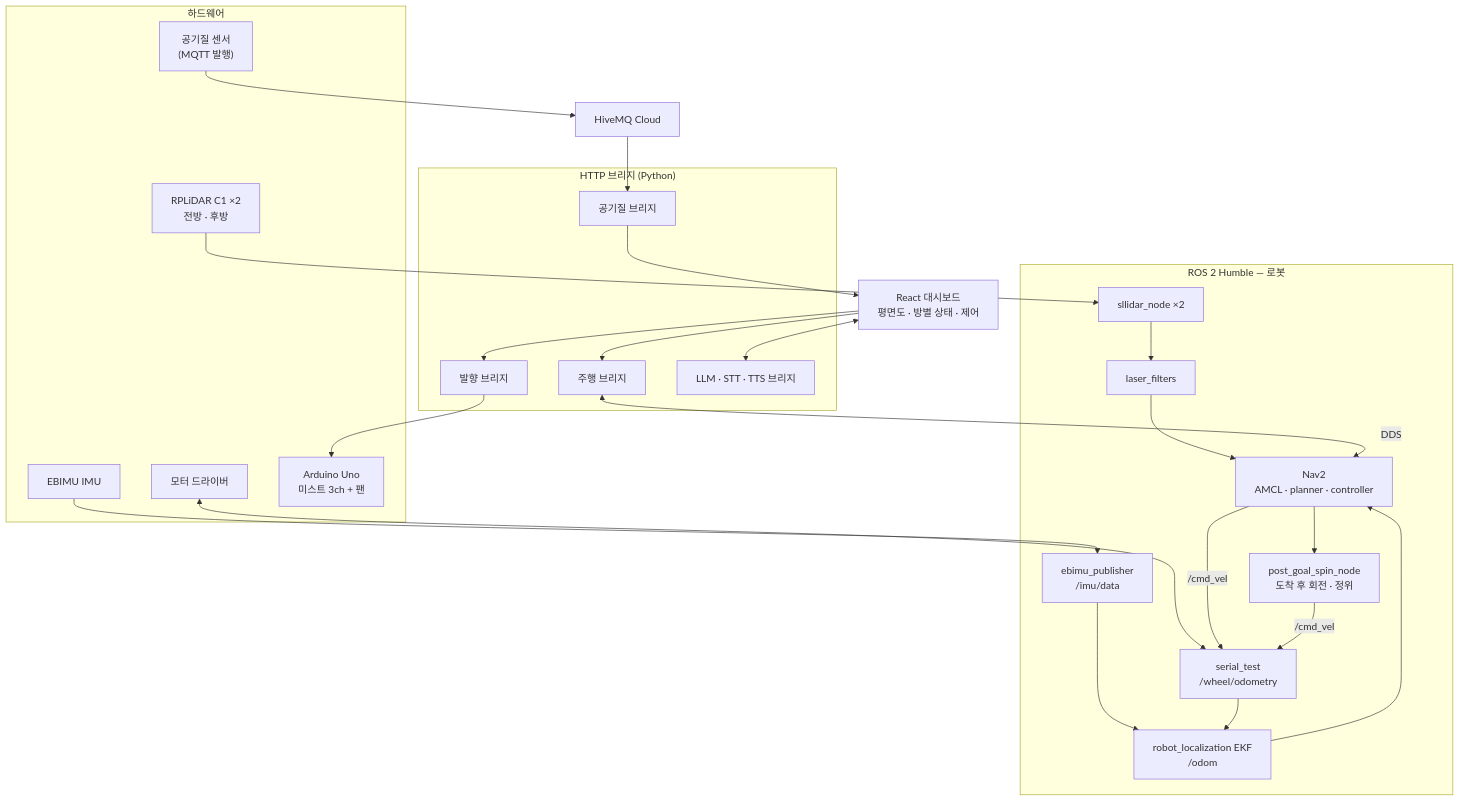
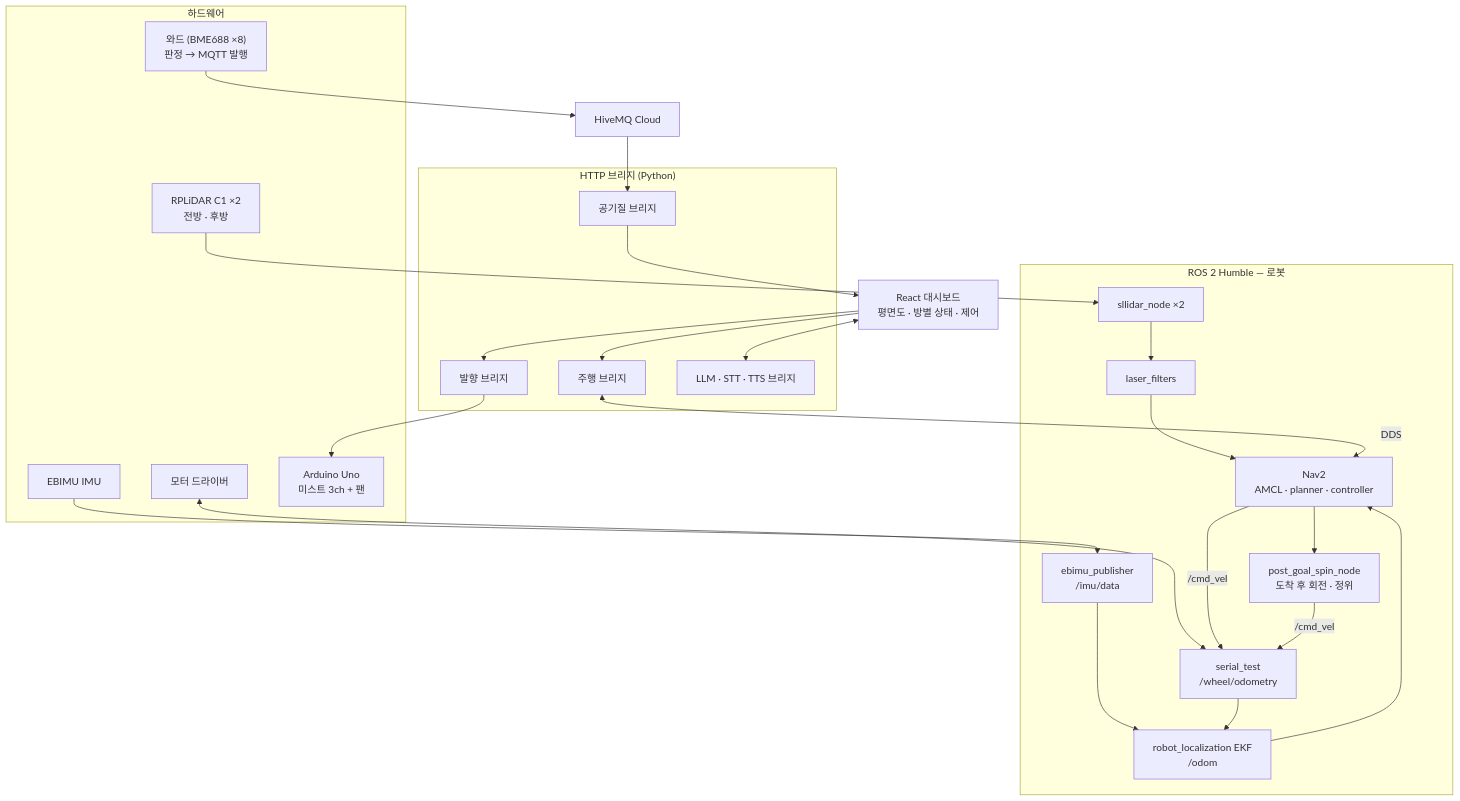
Before and after one commit to jjong102/THIRDIMPACT_capstone: the first of 4 diagrams in README.md, drawn with Mermaid. The commit also changed other lines of this file and 107 other files, not shown here.

````diff
--- a/README.md
+++ b/README.md
@@ -70,42 +74,42 @@
 ```mermaid
 flowchart TB
     subgraph HW["하드웨어"]
         LIDAR["RPLiDAR C1 ×2<br/>전방 · 후방"]
         IMU["EBIMU IMU"]
         MD["모터 드라이버"]
         ARD["Arduino Uno<br/>미스트 3ch + 팬"]
-        SENS["공기질 센서<br/>(MQTT 발행)"]
+        SENS["와드 (BME688 ×8)<br/>판정 → MQTT 발행"]
     end
 
     subgraph ROS["ROS 2 Humble — 로봇"]
         SLL["sllidar_node ×2"]
         LF["laser_filters"]
         ST["serial_test<br/>/wheel/odometry"]
         EB["ebimu_publisher<br/>/imu/data"]
         EKF["robot_localization EKF<br/>/odom"]
         NAV["Nav2<br/>AMCL · planner · controller"]
         PGS["post_goal_spin_node<br/>도착 후 회전 · 정위"]
     end
 
     subgraph BR["HTTP 브리지 (Python)"]
         RNB["주행 브리지"]
         MQB["공기질 브리지"]
         FRB["발향 브리지"]
         AIB["LLM · STT · TTS 브리지"]
     end
 
     UI["React 대시보드<br/>평면도 · 방별 상태 · 제어"]
     CLOUD["HiveMQ Cloud"]
 
     LIDAR --> SLL --> LF --> NAV
     IMU --> EB --> EKF
     MD <--> ST --> EKF
     EKF --> NAV
     NAV -->|/cmd_vel| ST
     NAV --> PGS -->|/cmd_vel| ST
 
     SENS --> CLOUD --> MQB --> UI
     UI --> RNB <-->|DDS| NAV
     UI --> FRB --> ARD
     UI <--> AIB
 ```
````
